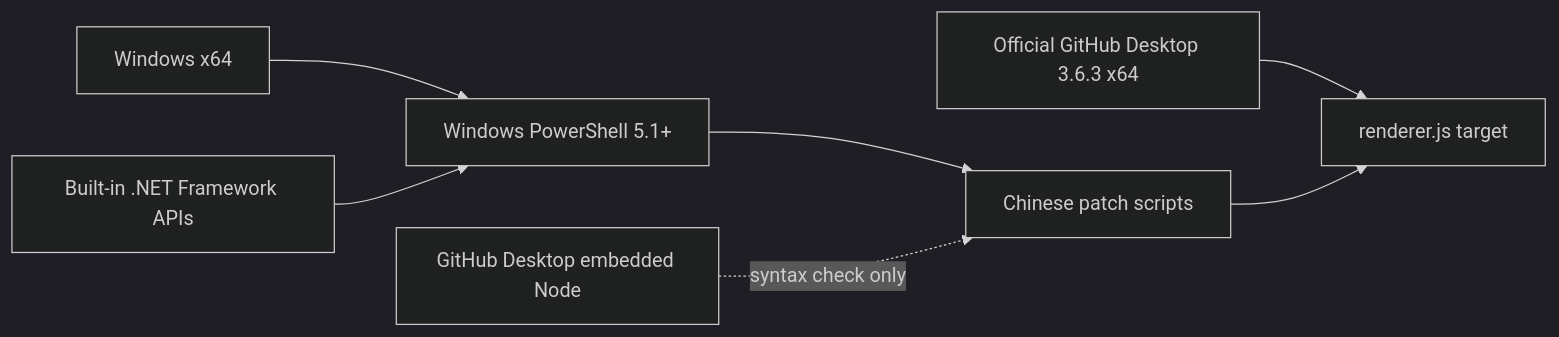
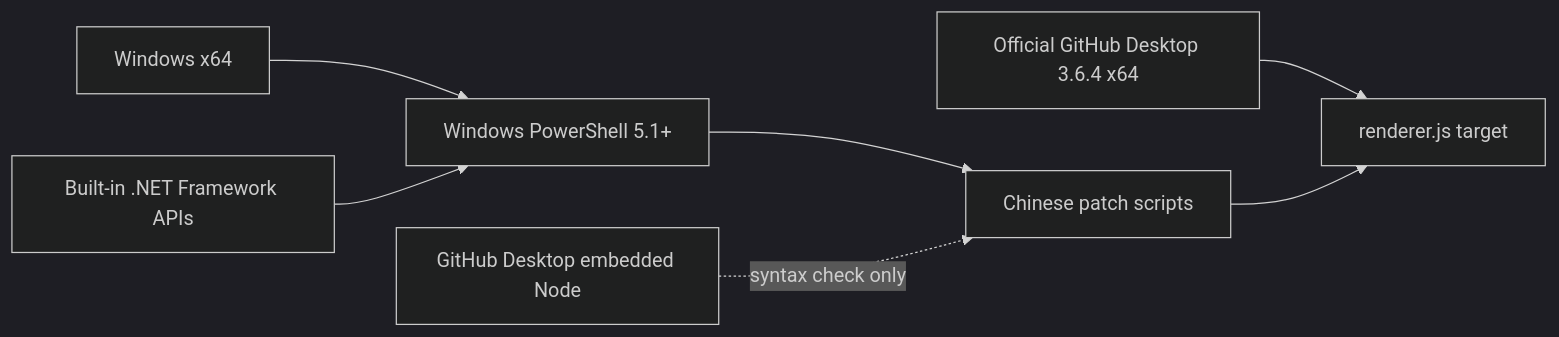
The first of 3 diagrams in docs/DEPENDENCIES_AND_ARCHITECTURE.md (EeryFrank/GitHubDesktop-zh-CN-QiZhang), drawn with Mermaid (dark theme) before and after one commit. The commit also changed other lines of this file and 12 other files, not shown here.

First line of the commit message:
Update patch for GitHub Desktop 3.6.4 (#2)

````diff
--- a/docs/DEPENDENCIES_AND_ARCHITECTURE.md
+++ b/docs/DEPENDENCIES_AND_ARCHITECTURE.md
@@ -15,9 +15,9 @@
 ```mermaid
 flowchart LR
     Windows["Windows x64"] --> PowerShell["Windows PowerShell 5.1+"]
     Framework["Built-in .NET Framework APIs"] --> PowerShell
     PowerShell --> Patch["Chinese patch scripts"]
-    Desktop["Official GitHub Desktop 3.6.3 x64"] --> Target["renderer.js target"]
+    Desktop["Official GitHub Desktop 3.6.4 x64"] --> Target["renderer.js target"]
     Patch --> Target
     DesktopNode["GitHub Desktop embedded Node"] -. "syntax check only" .-> Patch
 ```
````
